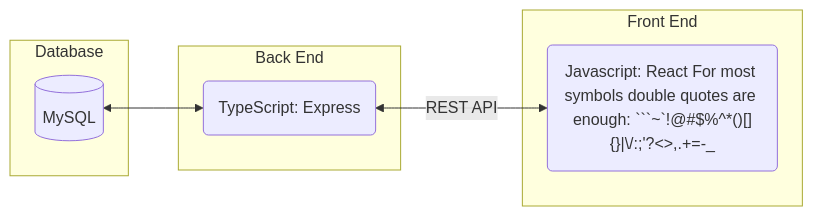
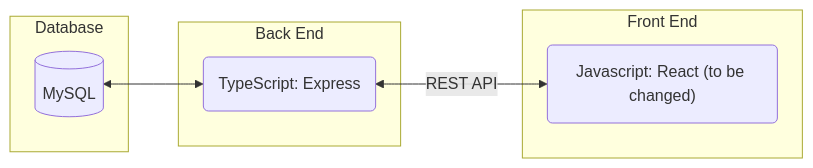
One commit to amdy87/MySQL-Filesystem changed the first of 6 diagrams in README.md. Above: the diagram before and after it, drawn with Mermaid.

Commit message:
Update file README.md

````diff
--- a/README.md
+++ b/README.md
@@ -92,17 +92,17 @@
 ```mermaid
 flowchart RL
 subgraph Front End
-	A("Javascript: React For most symbols double quotes are enough: ```~`!@#$%^*()[]{}|\/:;'?<>,.+=-_")
+	A("Javascript: React (to be changed)")
 end
 	
 subgraph Back End
 	B(TypeScript: Express)
 end
 	
 subgraph Database
 	C[(MySQL)]
 end
 
 A <-->|"REST API"| B
 B <--> C
 ```
````
